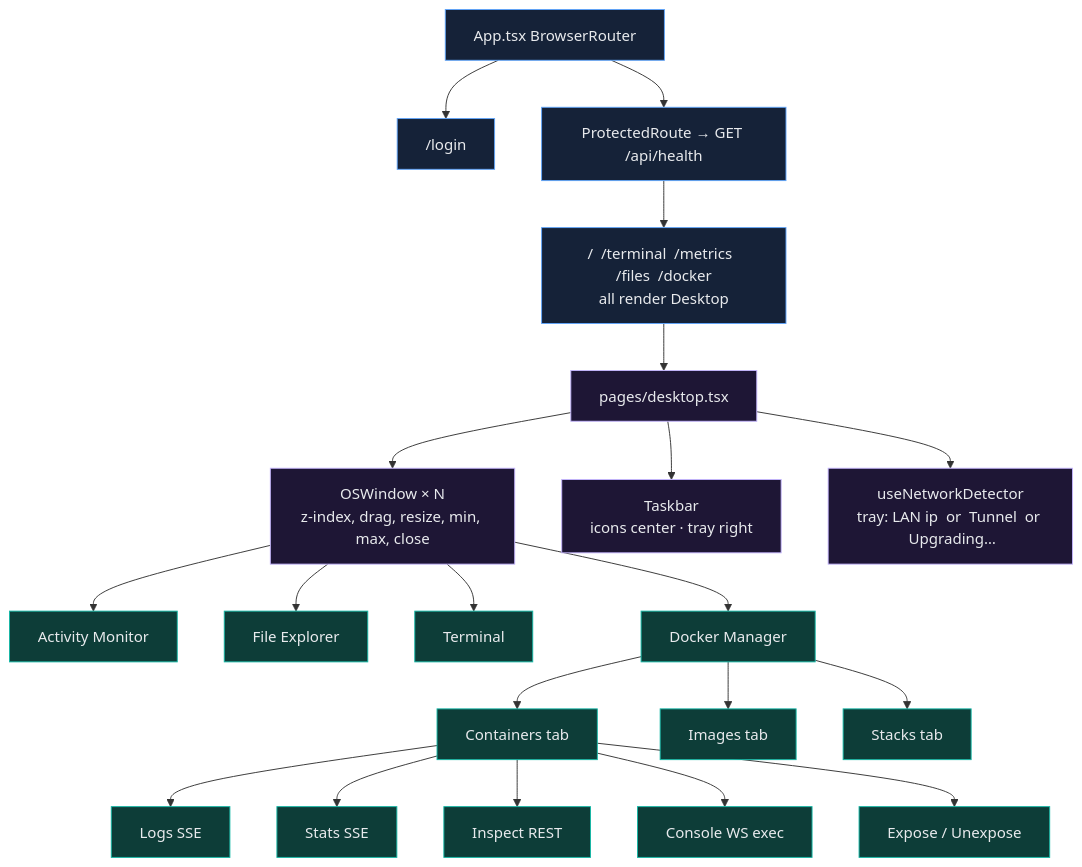
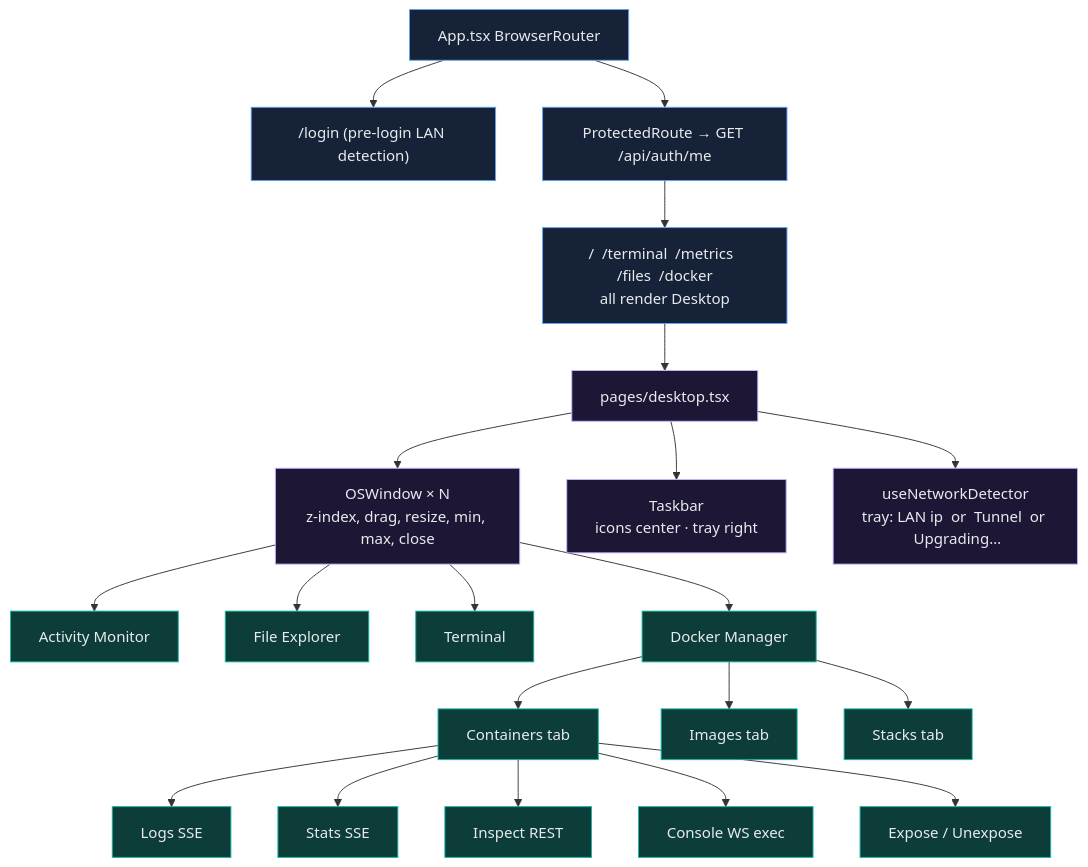
The fifth of 7 diagrams in docs/SYSTEM_DESIGN.md (Cypher-0071/Home_Cloud), drawn with Mermaid before and after one commit. The commit also changed other lines of this file and 1 other file, not shown here.

Commit message:
docs: synchronize system design and technical debt with current architecture

````diff
--- a/docs/SYSTEM_DESIGN.md
+++ b/docs/SYSTEM_DESIGN.md
@@ -408,33 +410,33 @@
 ```mermaid
 flowchart TB
   classDef route fill:#152238,stroke:#60a5fa,color:#e8eaed
   classDef shell fill:#1e1635,stroke:#c4b5fd,color:#e8eaed
   classDef app fill:#0d3d38,stroke:#14b8a6,color:#e8eaed
 
-  RR["App.tsx  BrowserRouter"] --> PUB["/login"]
-  RR --> PR["ProtectedRoute → GET /api/health"]
+  RR["App.tsx  BrowserRouter"] --> PUB["/login (pre-login LAN detection)"]
+  RR --> PR["ProtectedRoute → GET /api/auth/me"]
   PR --> D["/  /terminal  /metrics  /files  /docker<br/>all render Desktop"]
 
   D --> WS["pages/desktop.tsx"]
   WS --> OW["OSWindow × N<br/>z-index, drag, resize, min, max, close"]
   WS --> TB["Taskbar<br/>icons center · tray right"]
   WS --> ND["useNetworkDetector<br/>tray: LAN ip  or  Tunnel  or  Upgrading…"]
 
   OW --> A1["Activity Monitor"]
   OW --> A2["File Explorer"]
   OW --> A3["Terminal"]
   OW --> A4["Docker Manager"]
 
   A4 --> T1["Containers tab"]
   A4 --> T2["Images tab"]
   A4 --> T3["Stacks tab"]
   T1 --> S1["Logs SSE"]
   T1 --> S2["Stats SSE"]
   T1 --> S3["Inspect REST"]
   T1 --> S4["Console WS exec"]
   T1 --> S5["Expose / Unexpose"]
 
   class RR,PUB,PR,D route
   class WS,OW,TB,ND shell
   class A1,A2,A3,A4,T1,T2,T3,S1,S2,S3,S4,S5 app
 ```
````
